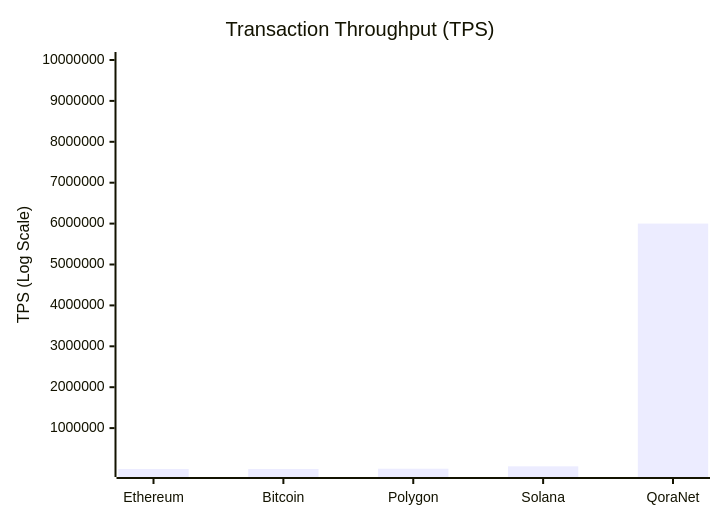
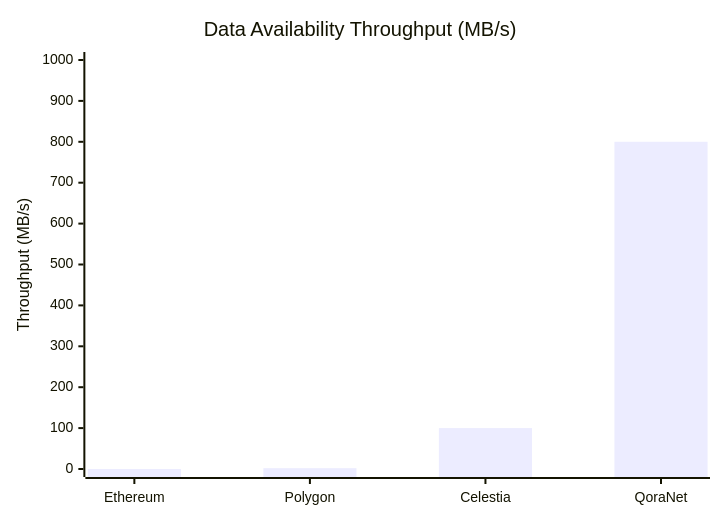
One commit to QoraNet/.github changed the sixth of 12 diagrams in profile/README.md. Above: the diagram before and after it, drawn with Mermaid. The commit also changed other lines of this file, not shown here.

````diff
--- a/profile/README.md
+++ b/profile/README.md
@@ -128,7 +194,7 @@
 ```mermaid
 xychart-beta
-    title "Transaction Throughput (TPS)"
-    x-axis ["Ethereum", "Bitcoin", "Polygon", "Solana", "QoraNet"]
-    y-axis "TPS (Log Scale)" 1 --> 10000000
-    bar [15, 7, 7000, 65000, 6000000]
+    title "Data Availability Throughput (MB/s)"
+    x-axis ["Ethereum", "Polygon", "Celestia", "QoraNet"]
+    y-axis "Throughput (MB/s)" 0 --> 1000
+    bar [0.1, 2, 100, 800]
 ```
````
